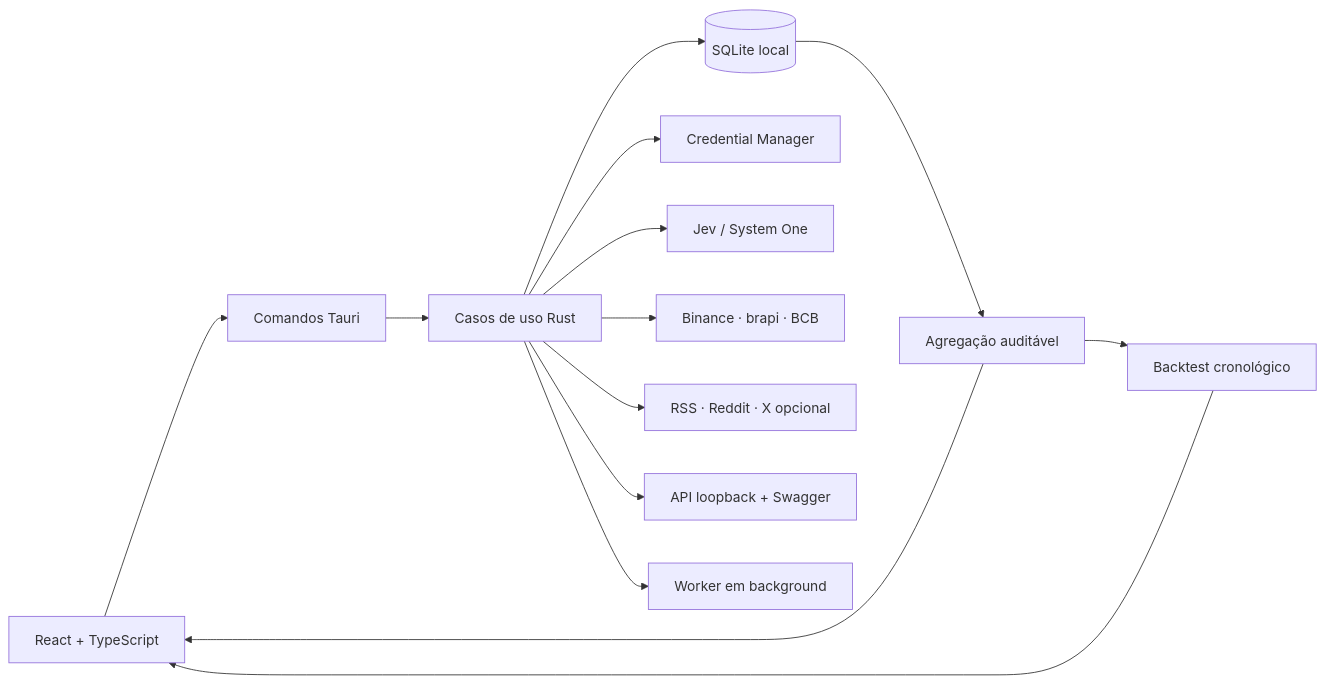
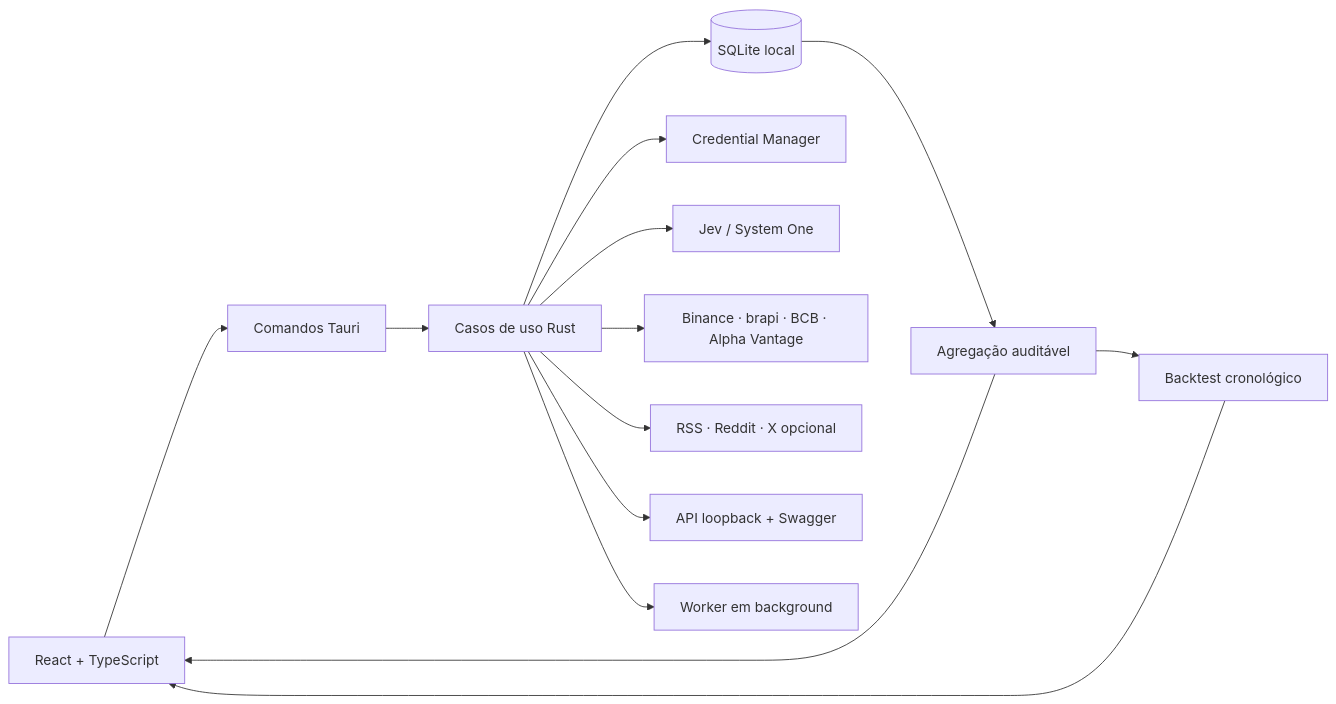
Before and after one commit to PedroReoli/JevRadar: the diagram in README.md, drawn with Mermaid. The commit also changed other lines of this file and 39 other files, not shown here.

````diff
--- a/README.md
+++ b/README.md
@@ -37,16 +37,16 @@
 ```mermaid
 flowchart LR
   UI[React + TypeScript] --> CMD[Comandos Tauri]
   CMD --> APP[Casos de uso Rust]
   APP --> DB[(SQLite local)]
   APP --> KEY[Credential Manager]
   APP --> JEV[Jev / System One]
-  APP --> DATA[Binance · brapi · BCB]
+  APP --> DATA[Binance · brapi · BCB · Alpha Vantage]
   APP --> CONTENT[RSS · Reddit · X opcional]
   APP --> API[API loopback + Swagger]
   APP --> BG[Worker em background]
   DB --> SIGNAL[Agregação auditável]
   SIGNAL --> UI
   SIGNAL --> BACKTEST[Backtest cronológico]
   BACKTEST --> UI
 ```
````
